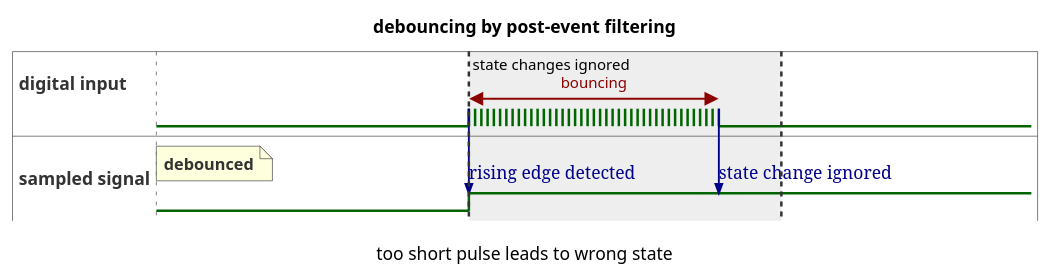
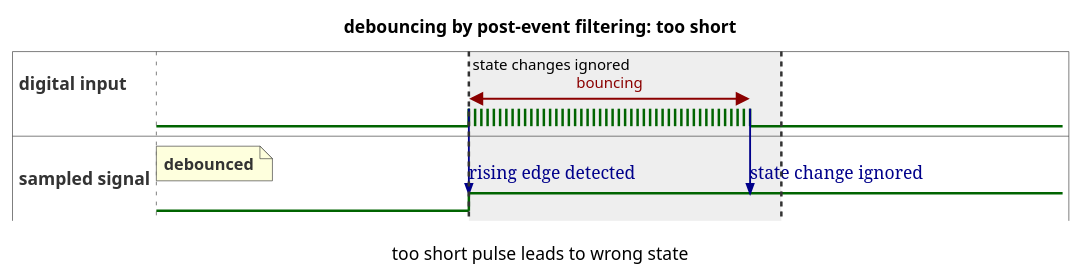
Before and after one commit to dhebbeker/task-tracker: the diagram in lib/3rd_party_adapters/FreeRTOS/bouncing-classic-too-short.puml, drawn with PlantUML. The commit also changed 3 other files, not shown here.

First line of the commit message:
Adjust timing diagrams for debouncing.

```diff
--- a/lib/3rd_party_adapters/FreeRTOS/bouncing-classic-too-short.puml
+++ b/lib/3rd_party_adapters/FreeRTOS/bouncing-classic-too-short.puml
@@ -1,23 +1,23 @@
 @startuml
-title debouncing by post-event filtering
+title debouncing by post-event filtering: too short
 caption too short pulse leads to wrong state
 hide time-axis
 scale 1 as 250 pixels
 binary "digital input" as D
 binary "sampled signal" as B
 
 @0
 D is low
 note top of B : debounced
 B is low
 @+1
 D is {low,high}
-D@+0 <-> @+0.8 : bouncing
+D@+0 <-> @+0.9 : bouncing
 D -> B : rising edge detected
 highlight +0 to +1 : state changes ignored
 B is high
-@+0.8
+@+0.9
 D is low
 D -> B : state change ignored
 
 @enduml
```
